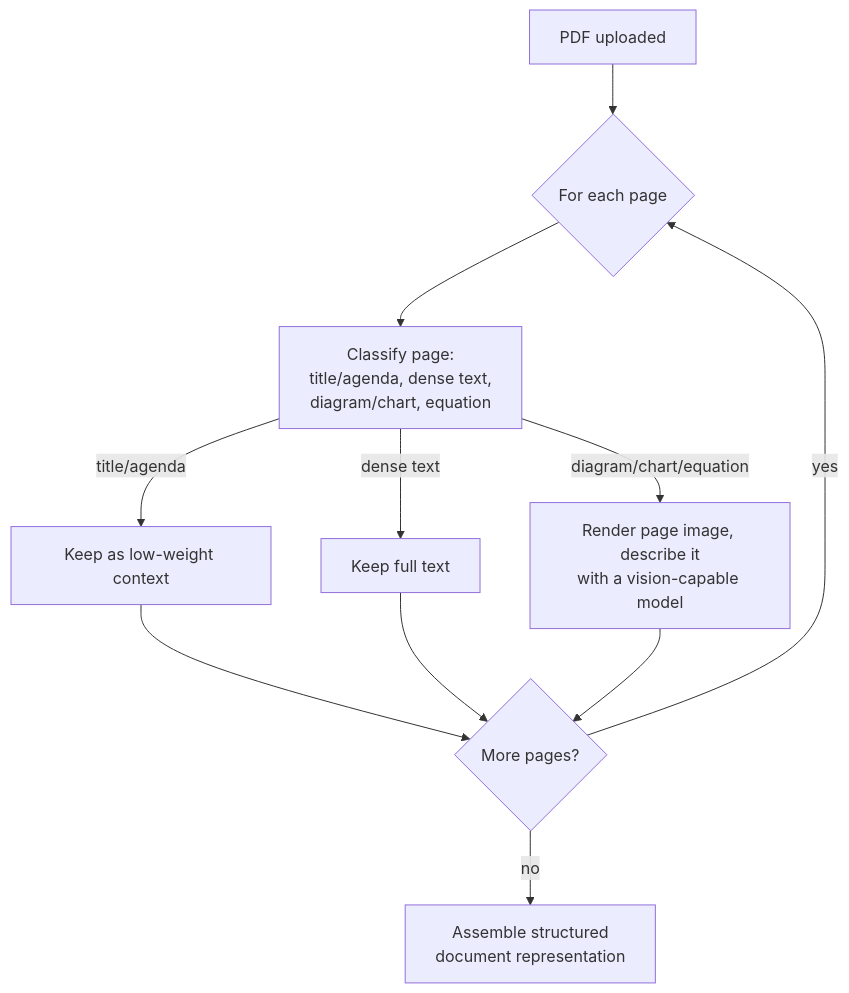
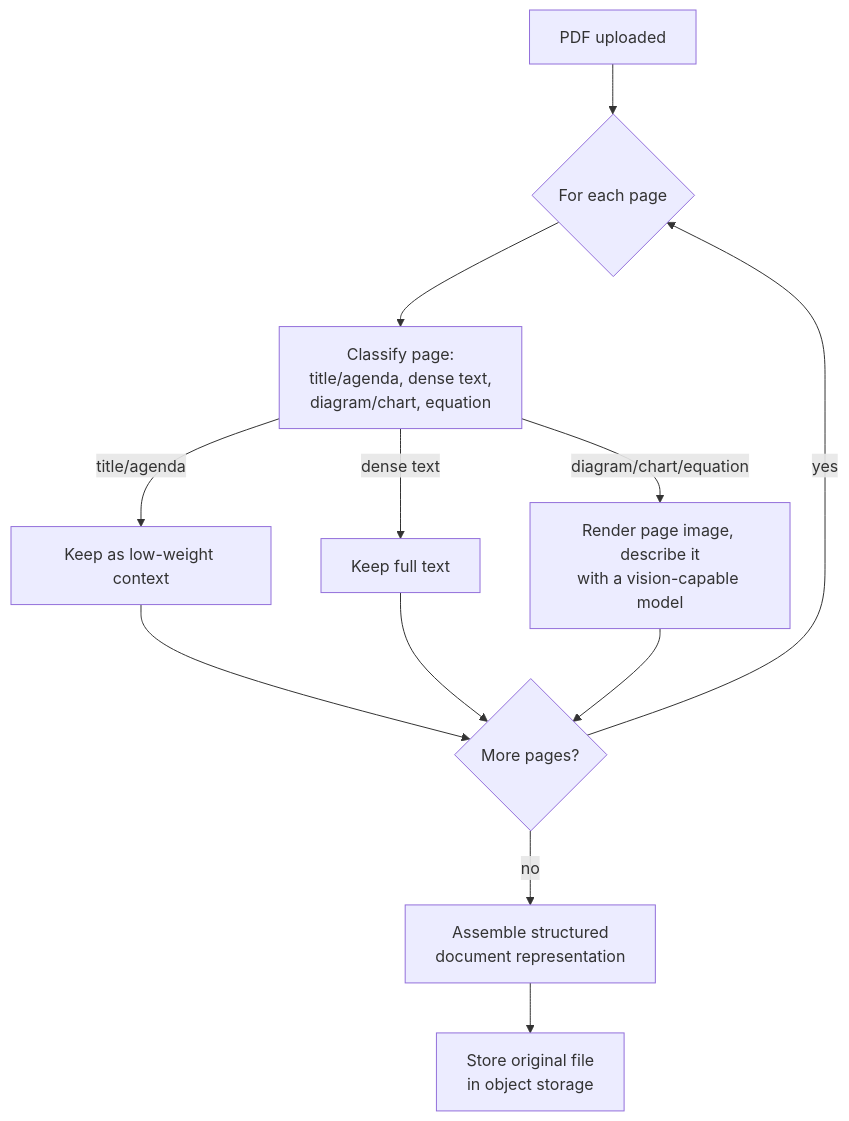
Before and after one commit to PranavReddyGaddam/Bloom: the third of 12 diagrams in README.md, drawn with Mermaid. The commit also changed other lines of this file and 2 other files, not shown here.

````diff
--- a/README.md
+++ b/README.md
@@ -52,13 +119,14 @@
 ```mermaid
 flowchart TD
     START[PDF uploaded] --> LOOP{For each page}
     LOOP --> CLASSIFY[Classify page:<br/>title/agenda, dense text,<br/>diagram/chart, equation]
     CLASSIFY -->|title/agenda| DEWEIGHT[Keep as low-weight context]
     CLASSIFY -->|dense text| KEEPTEXT[Keep full text]
     CLASSIFY -->|diagram/chart/equation| VISIONCALL[Render page image, describe it<br/>with a vision-capable model]
     DEWEIGHT --> NEXT{More pages?}
     KEEPTEXT --> NEXT
     VISIONCALL --> NEXT
     NEXT -->|yes| LOOP
     NEXT -->|no| ASSEMBLE[Assemble structured<br/>document representation]
+    ASSEMBLE --> ORIG[Store original file<br/>in object storage]
 ```
````
